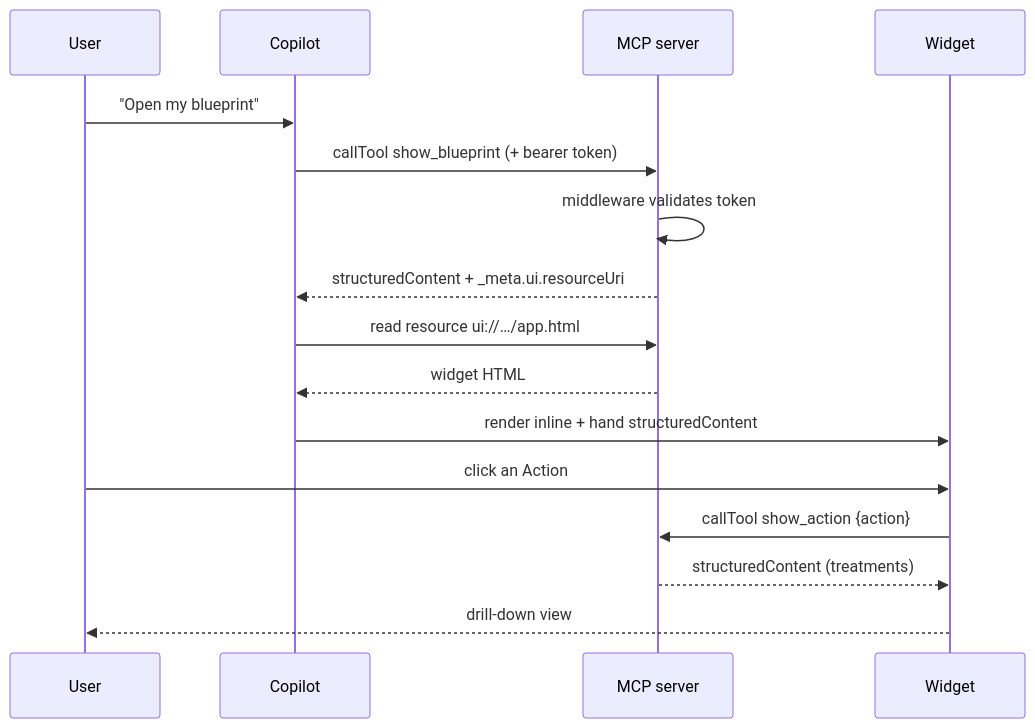
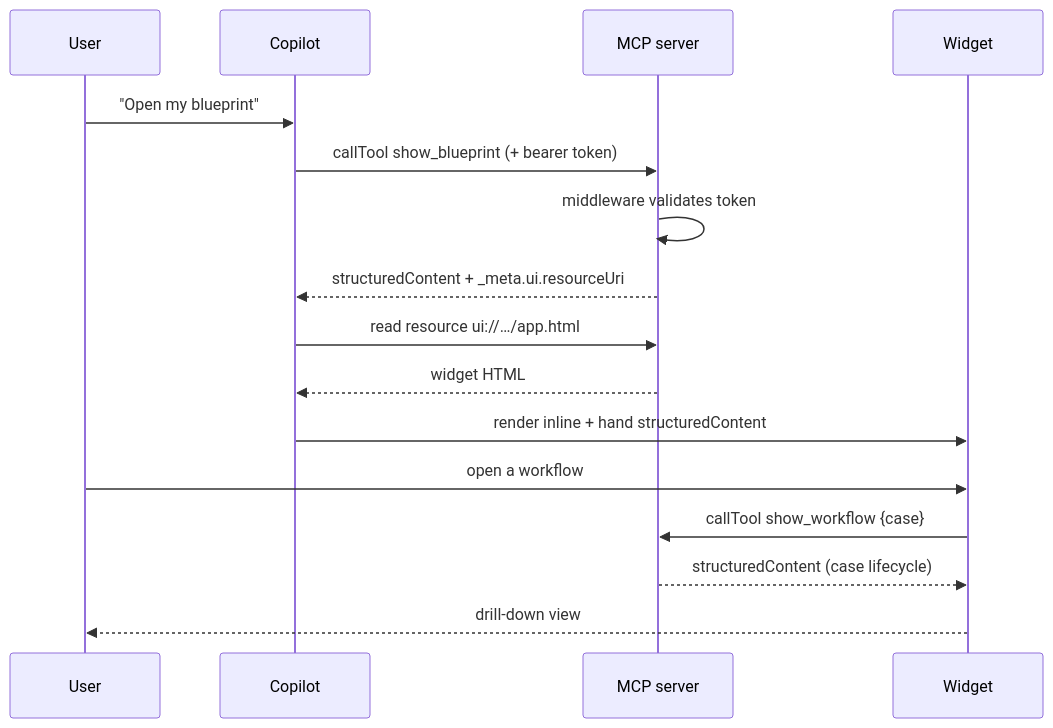
One commit to james-tn/copilot-mcp-app-blueprint changed the second of 2 diagrams in docs/architecture.md. Above: the diagram before and after it, drawn with Mermaid. The commit also changed other lines of this file and 31 other files, not shown here.

````diff
--- a/docs/architecture.md
+++ b/docs/architecture.md
@@ -74,18 +74,18 @@
 ```mermaid
 sequenceDiagram
     participant U as User
     participant C as Copilot
     participant S as MCP server
     participant W as Widget
     U->>C: "Open my blueprint"
     C->>S: callTool show_blueprint (+ bearer token)
     S->>S: middleware validates token
     S-->>C: structuredContent + _meta.ui.resourceUri
     C->>S: read resource ui://…/app.html
     S-->>C: widget HTML
     C->>W: render inline + hand structuredContent
-    U->>W: click an Action
-    W->>S: callTool show_action {action}
-    S-->>W: structuredContent (treatments)
+    U->>W: open a workflow
+    W->>S: callTool show_workflow {case}
+    S-->>W: structuredContent (case lifecycle)
     W-->>U: drill-down view
 ```
````
